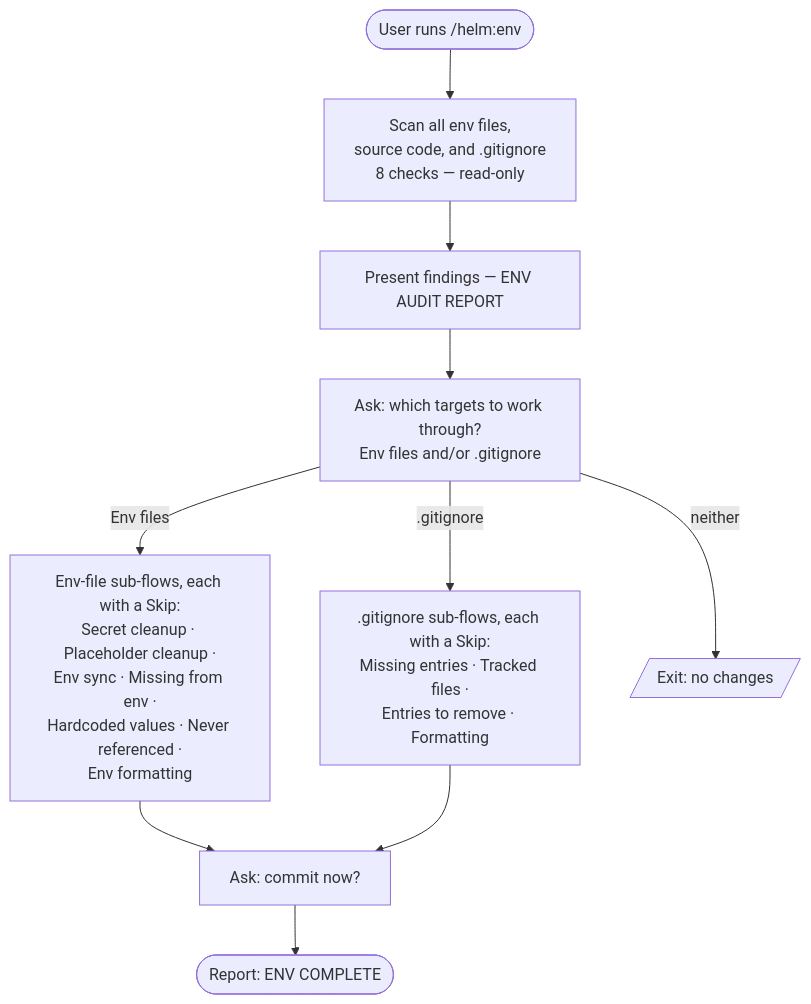
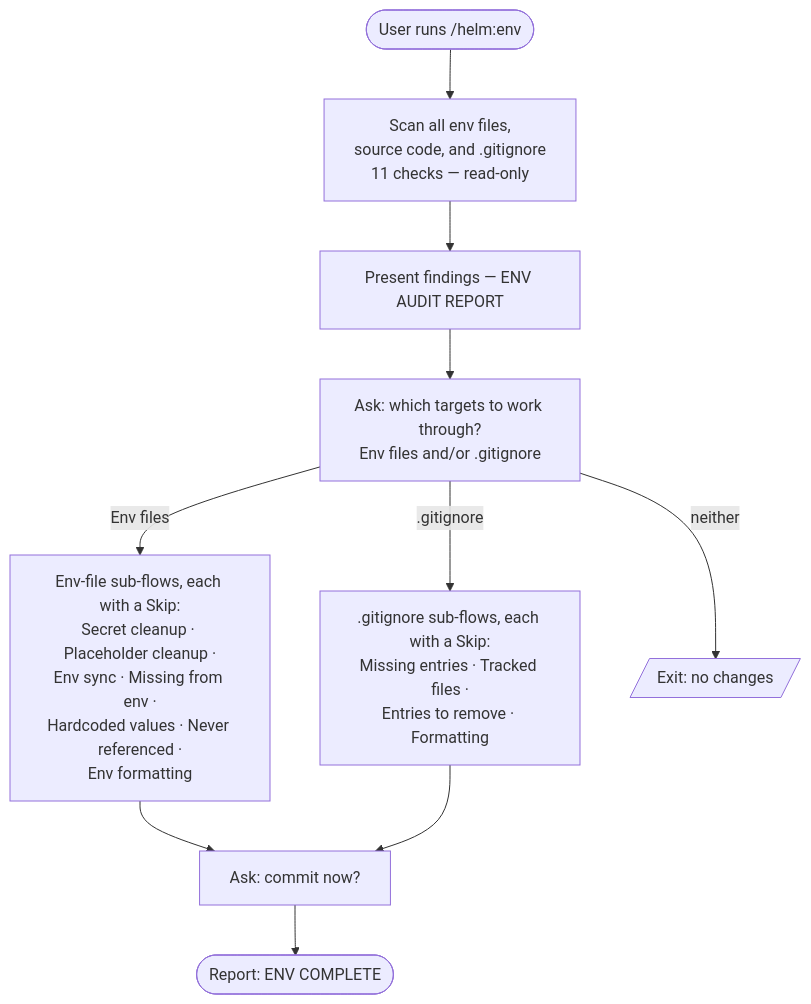
One commit to myowinthein/agent-helm changed the diagram in docs/commands/env.md. Above: the diagram before and after it, drawn with Mermaid. The commit also changed other lines of this file, not shown here.

First line of the commit message:
docs(env): sync doc with the gitignore split and fix stale 2.x numbering

````diff
--- a/docs/commands/env.md
+++ b/docs/commands/env.md
@@ -13,15 +13,15 @@
 ```mermaid
 flowchart TD
-  Start([User runs /helm:env]) --> Scan[Scan all env files,<br/>source code, and .gitignore<br/>8 checks — read-only]
+  Start([User runs /helm:env]) --> Scan[Scan all env files,<br/>source code, and .gitignore<br/>11 checks — read-only]
 
   Scan --> Report[Present findings — ENV AUDIT REPORT]
   Report --> Ask[Ask: which targets to work through?<br/>Env files and/or .gitignore]
 
   Ask -->|Env files| EnvFlows[Env-file sub-flows, each with a Skip:<br/>Secret cleanup · Placeholder cleanup ·<br/>Env sync · Missing from env ·<br/>Hardcoded values · Never referenced ·<br/>Env formatting]
   Ask -->|.gitignore| GitFlows[.gitignore sub-flows, each with a Skip:<br/>Missing entries · Tracked files ·<br/>Entries to remove · Formatting]
   Ask -->|neither| SkipExit[/Exit: no changes/]
 
   EnvFlows --> Commit[Ask: commit now?]
   GitFlows --> Commit
   Commit --> Done([Report: ENV COMPLETE])
 ```
````
